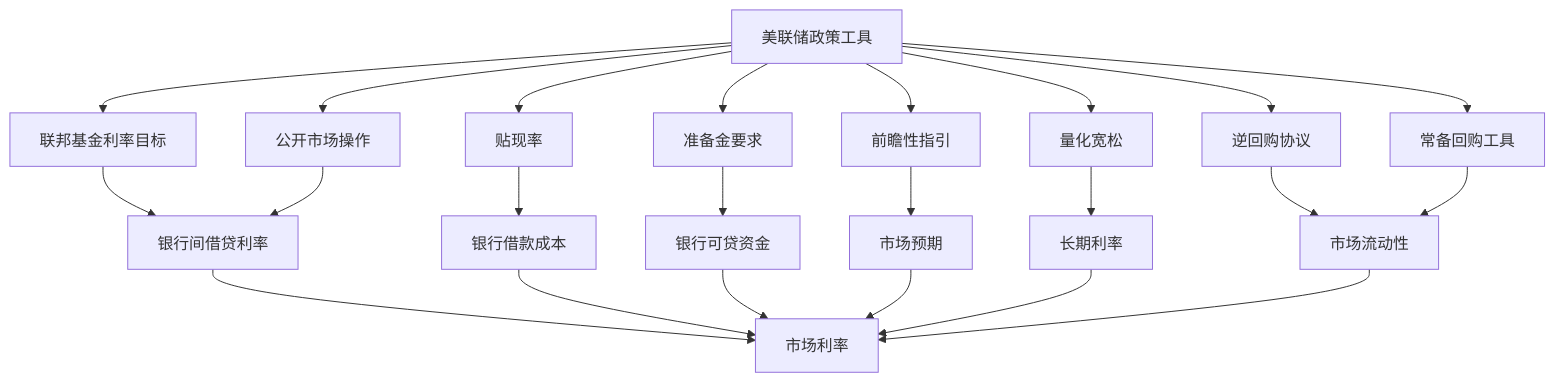
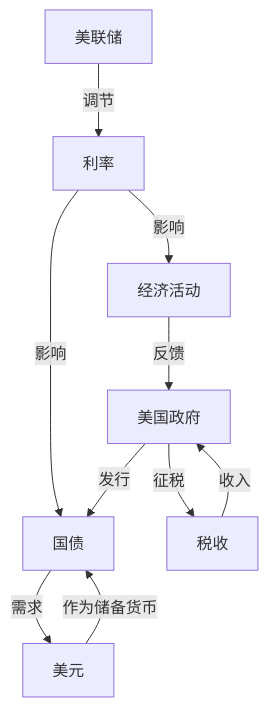
The diagram in all/未命名-1.md (swinwae/iodraw-files), drawn with Mermaid before and after one commit.

Commit message:
2024-05-23 09:12:19 update

````diff
--- a/all/未命名-1.md
+++ b/all/未命名-1.md
@@ -1,28 +1,12 @@
 ```mermaid
-graph TD
-    A[美联储政策工具]
-    A --> B[联邦基金利率目标]
-    A --> C[公开市场操作]
-    A --> D[贴现率]
-    A --> E[准备金要求]
-    A --> F[前瞻性指引]
-    A --> G[量化宽松]
-    A --> H[逆回购协议]
-    A --> I[常备回购工具]
-
-    B --> J[银行间借贷利率]
-    C --> J
-    D --> K[银行借款成本]
-    E --> L[银行可贷资金]
-    F --> M[市场预期]
-    G --> N[长期利率]
-    H --> O[市场流动性]
-    I --> O
-
-    J --> P[市场利率]
-    K --> P
-    L --> P
-    M --> P
-    N --> P
-    O --> P
+graph TB
+    A[美国政府] -->|发行| B[国债]
+    A -->|征税| C[税收]
+    B -->|需求| D[美元]
+    D -->|作为储备货币| B
+    E[美联储] -->|调节| F[利率]
+    F -->|影响| B
+    F -->|影响| G[经济活动]
+    C -->|收入| A
+    G -->|反馈| A
 ```
````
